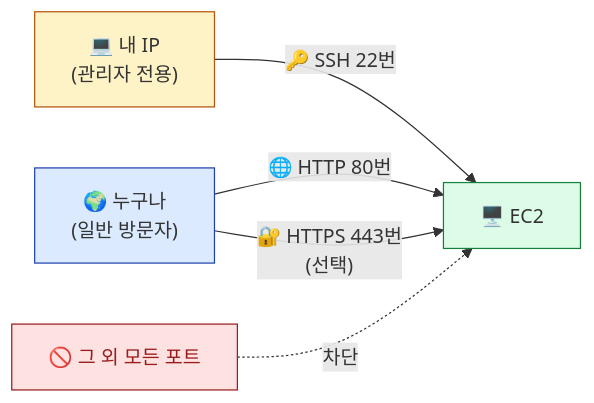
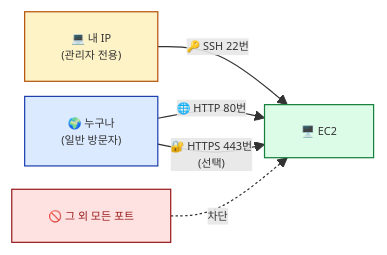
The second of 4 diagrams in docs/04_cloud/04_EC2_생성과_접속.md (webDevpia/webDevpia.github.io), drawn with Mermaid before and after one commit. The commit also changed other lines of this file and 615 other files, not shown here.

````diff
--- a/docs/04_cloud/04_EC2_생성과_접속.md
+++ b/docs/04_cloud/04_EC2_생성과_접속.md
@@ -331,12 +329,13 @@
 ```mermaid
+%%{init: {'themeVariables': {'fontSize': '9px'}, 'flowchart': {'nodeSpacing': 8, 'rankSpacing': 10}}}%%
 flowchart LR
     MyIP["💻 내 IP<br/>(관리자 전용)"] -->|"🔑 SSH 22번"| EC2["🖥️ EC2"]
     All["🌍 누구나<br/>(일반 방문자)"] -->|"🌐 HTTP 80번"| EC2
     All -->|"🔐 HTTPS 443번<br/>(선택)"| EC2
     Block["🚫 그 외 모든 포트"] -.->|"차단"| EC2
 
     style MyIP fill:#fef3c7,stroke:#b45309
     style All fill:#dbeafe,stroke:#1e40af
     style EC2 fill:#dcfce7,stroke:#15803d
     style Block fill:#fee2e2,stroke:#991b1b,color:#991b1b
 ```
````
